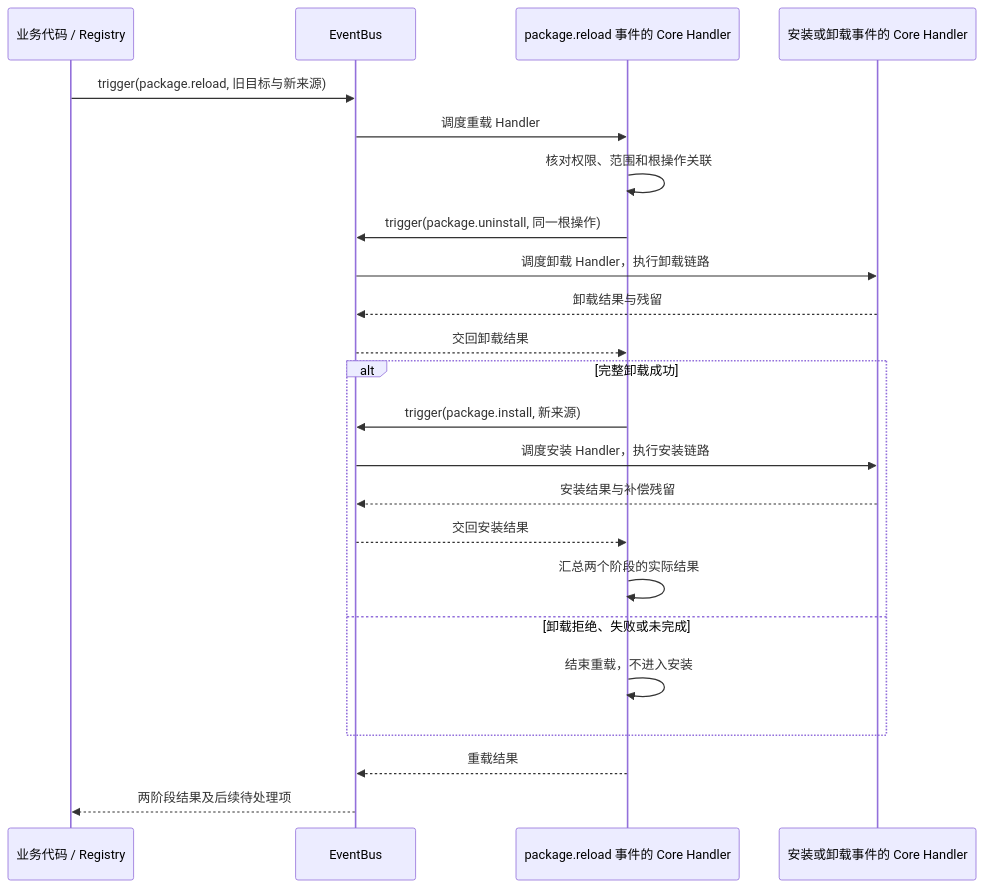
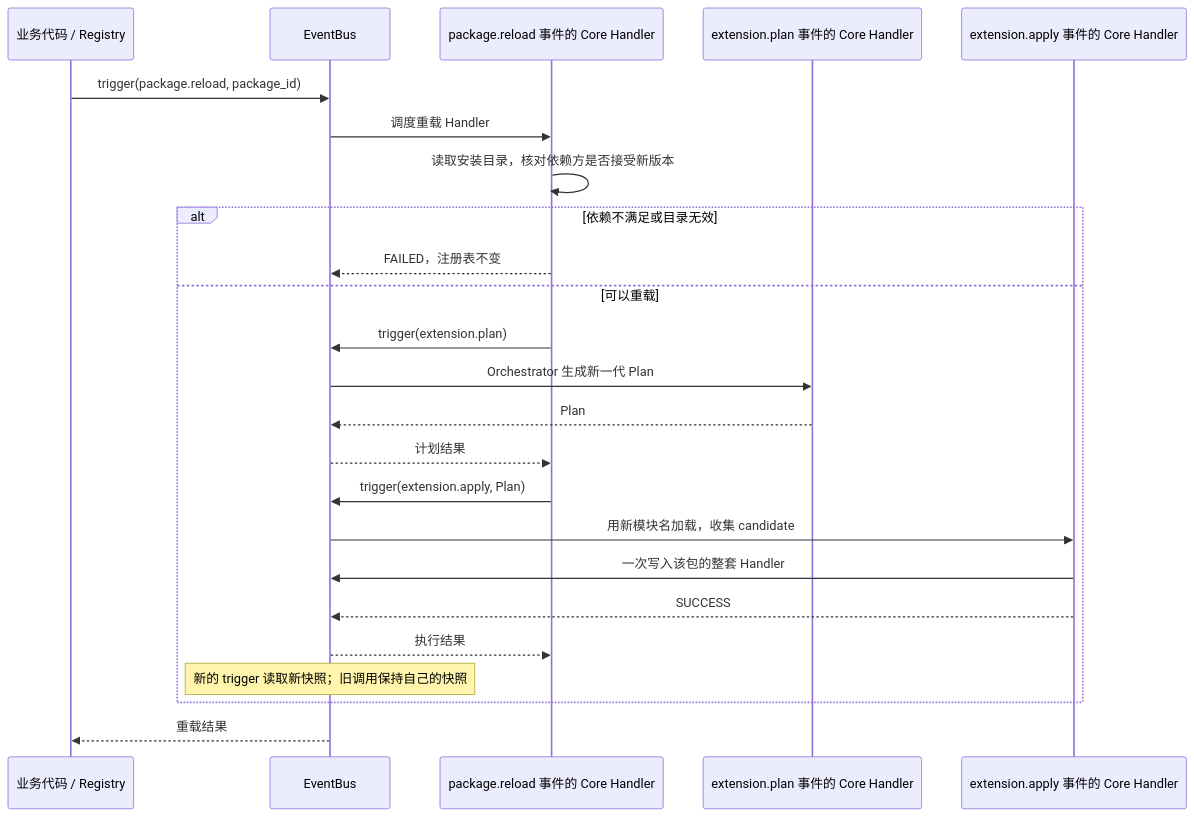
Before and after one commit to openJiuwen-ai/agent-core: the fifth of 10 diagrams in openjiuwen/core/extension/docs/designs/extension-architecture.md, drawn with Mermaid. The commit also changed other lines of this file and 28 other files, not shown here.

First line of the commit message:
feat(extension): add package loading control plane

````diff
--- a/openjiuwen/core/extension/docs/designs/extension-architecture.md
+++ b/openjiuwen/core/extension/docs/designs/extension-architecture.md
@@ -614,25 +572,26 @@
 ```mermaid
 sequenceDiagram
     participant H as 业务代码 / Registry
     participant B as EventBus
     participant C as package.reload 事件的 Core Handler
-    participant S as 安装或卸载事件的 Core Handler
-    H->>B: trigger(package.reload, 旧目标与新来源)
+    participant P as extension.plan 事件的 Core Handler
+    participant T as extension.apply 事件的 Core Handler
+    H->>B: trigger(package.reload, package_id)
     B->>C: 调度重载 Handler
-    C->>C: 核对权限、范围和根操作关联
-    C->>B: trigger(package.uninstall, 同一根操作)
-    B->>S: 调度卸载 Handler，执行卸载链路
-    S-->>B: 卸载结果与残留
-    B-->>C: 交回卸载结果
-    alt 完整卸载成功
-        C->>B: trigger(package.install, 新来源)
-        B->>S: 调度安装 Handler，执行安装链路
-        S-->>B: 安装结果与补偿残留
-        B-->>C: 交回安装结果
-        C->>C: 汇总两个阶段的实际结果
-    else 卸载拒绝、失败或未完成
-        C->>C: 结束重载，不进入安装
+    C->>C: 读取安装目录，核对依赖方是否接受新版本
+    alt 依赖不满足或目录无效
+        C-->>B: FAILED，注册表不变
+    else 可以重载
+        C->>B: trigger(extension.plan)
+        B->>P: Orchestrator 生成新一代 Plan
+        P-->>B: Plan
+        B-->>C: 计划结果
+        C->>B: trigger(extension.apply, Plan)
+        B->>T: 用新模块名加载，收集 candidate
+        T->>B: 一次写入该包的整套 Handler
+        T-->>B: SUCCESS
+        B-->>C: 执行结果
+        Note over B: 新的 trigger 读取新快照；旧调用保持自己的快照
     end
-    C-->>B: 重载结果
-    B-->>H: 两阶段结果及后续待处理项
+    B-->>H: 重载结果
 ```
````
